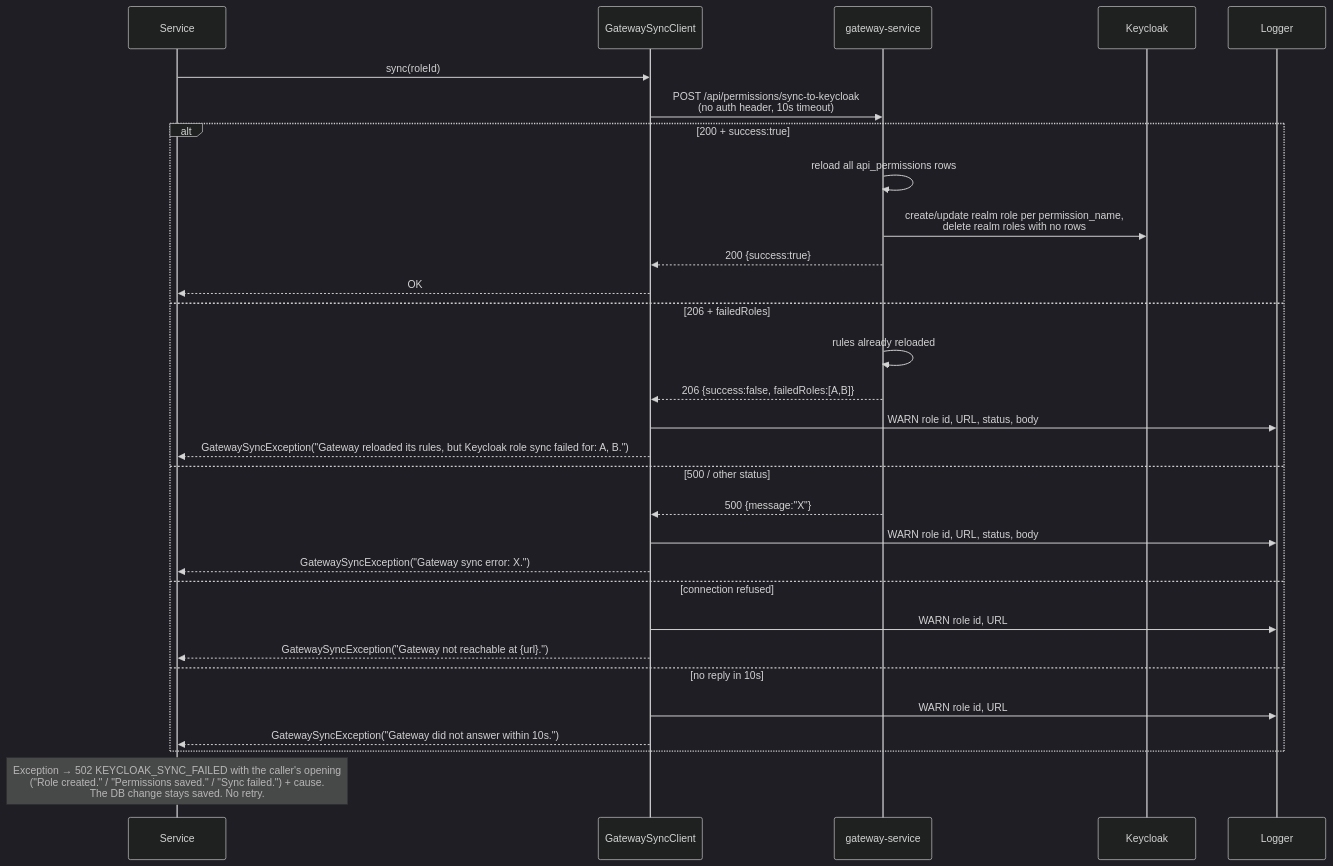
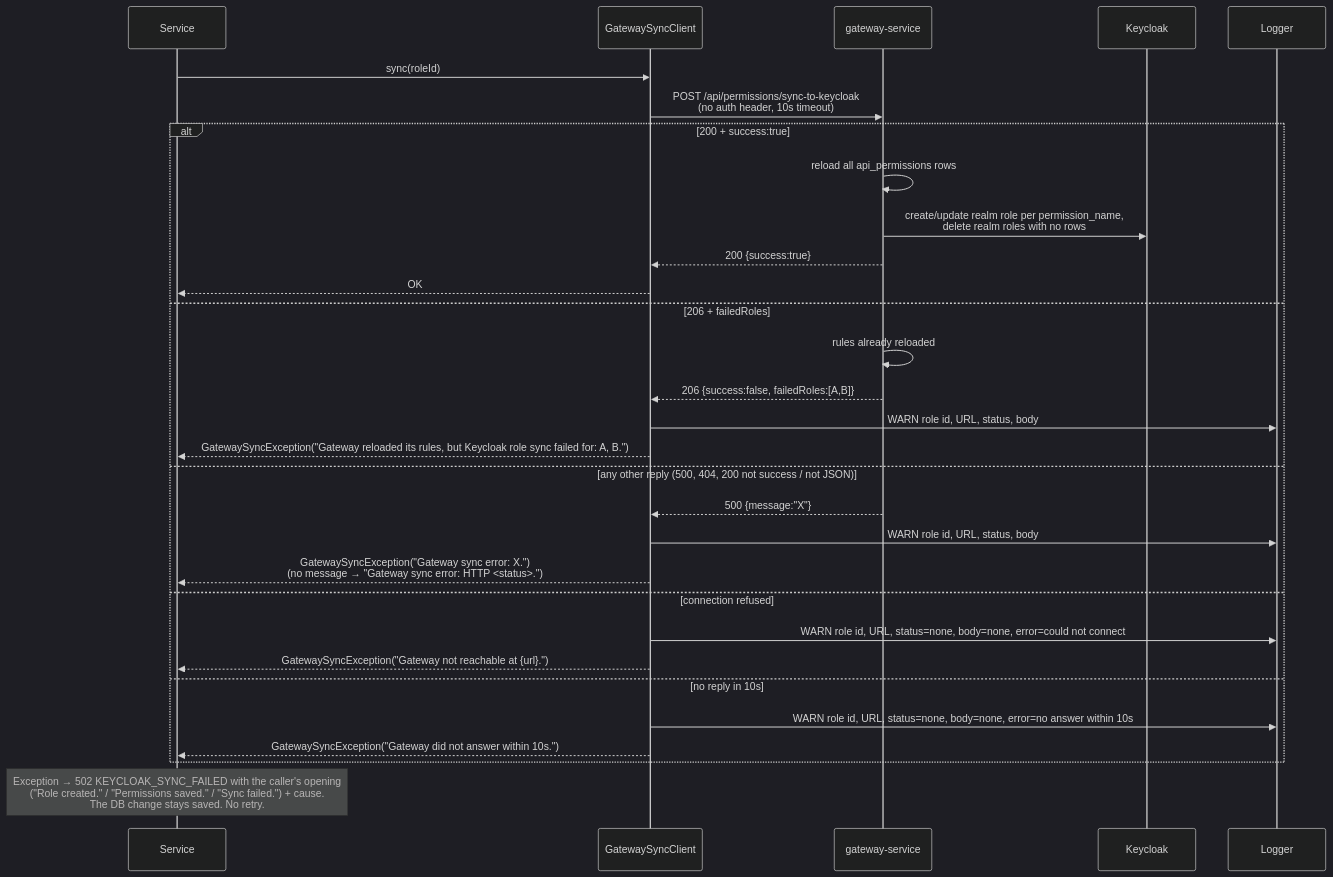
Before and after one commit to mehul-kunwar-tarento/cce-admin-service: the fourth of 13 diagrams in docs/flow-diagrams.md, drawn with Mermaid (dark theme). The commit also changed 4 other files, not shown here.

First line of the commit message:
S6a.3: Docs for the gateway sync client

````diff
--- a/docs/flow-diagrams.md
+++ b/docs/flow-diagrams.md
@@ -142,35 +142,35 @@
 ```mermaid
 sequenceDiagram
     participant Svc as Service
     participant GS as GatewaySyncClient
     participant GW as gateway-service
     participant KC as Keycloak
     participant Log as Logger
 
     Svc->>GS: sync(roleId)
     GS->>GW: POST /api/permissions/sync-to-keycloak<br/>(no auth header, 10s timeout)
 
     alt 200 + success:true
         GW->>GW: reload all api_permissions rows
         GW->>KC: create/update realm role per permission_name,<br/>delete realm roles with no rows
         GW-->>GS: 200 {success:true}
         GS-->>Svc: OK
     else 206 + failedRoles
         GW->>GW: rules already reloaded
         GW-->>GS: 206 {success:false, failedRoles:[A,B]}
         GS->>Log: WARN role id, URL, status, body
         GS-->>Svc: GatewaySyncException("Gateway reloaded its rules, but Keycloak role sync failed for: A, B.")
-    else 500 / other status
+    else any other reply (500, 404, 200 not success / not JSON)
         GW-->>GS: 500 {message:"X"}
         GS->>Log: WARN role id, URL, status, body
-        GS-->>Svc: GatewaySyncException("Gateway sync error: X.")
+        GS-->>Svc: GatewaySyncException("Gateway sync error: X.")<br/>(no message → "Gateway sync error: HTTP <status>.")
     else connection refused
-        GS->>Log: WARN role id, URL
+        GS->>Log: WARN role id, URL, status=none, body=none, error=could not connect
         GS-->>Svc: GatewaySyncException("Gateway not reachable at {url}.")
     else no reply in 10s
-        GS->>Log: WARN role id, URL
+        GS->>Log: WARN role id, URL, status=none, body=none, error=no answer within 10s
         GS-->>Svc: GatewaySyncException("Gateway did not answer within 10s.")
     end
 
     Note over Svc: Exception → 502 KEYCLOAK_SYNC_FAILED with the caller's opening<br/>("Role created." / "Permissions saved." / "Sync failed.") + cause.<br/>The DB change stays saved. No retry.
 ```
````
